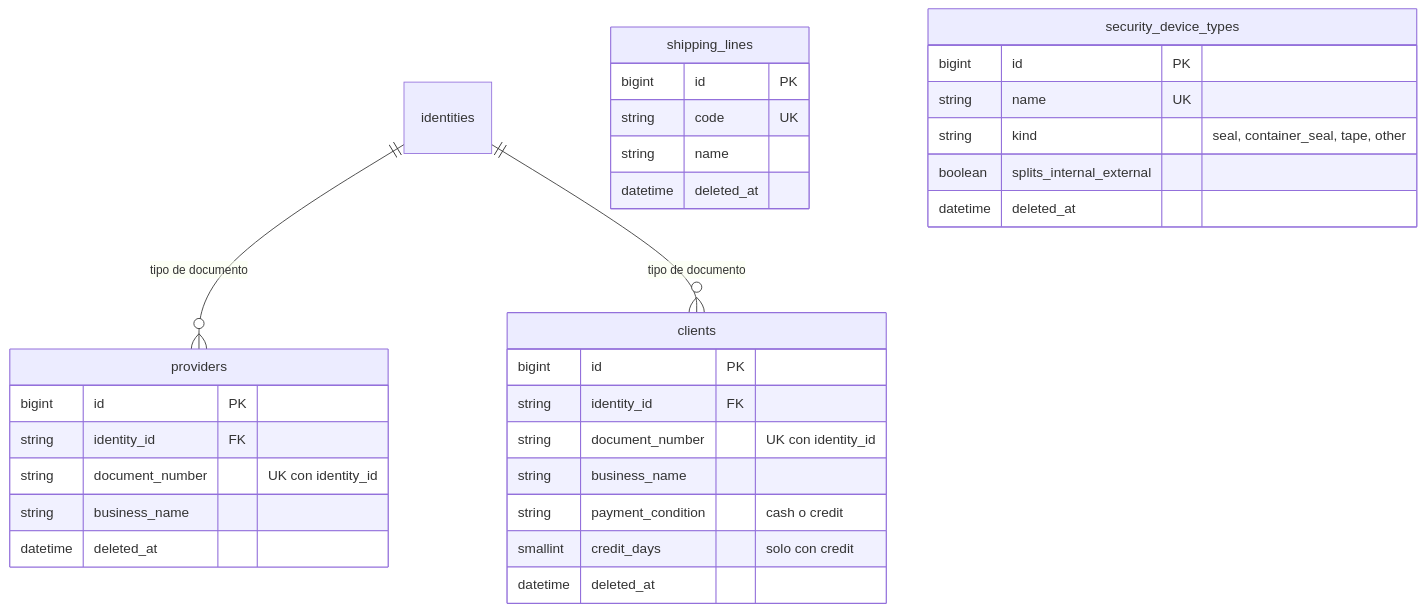
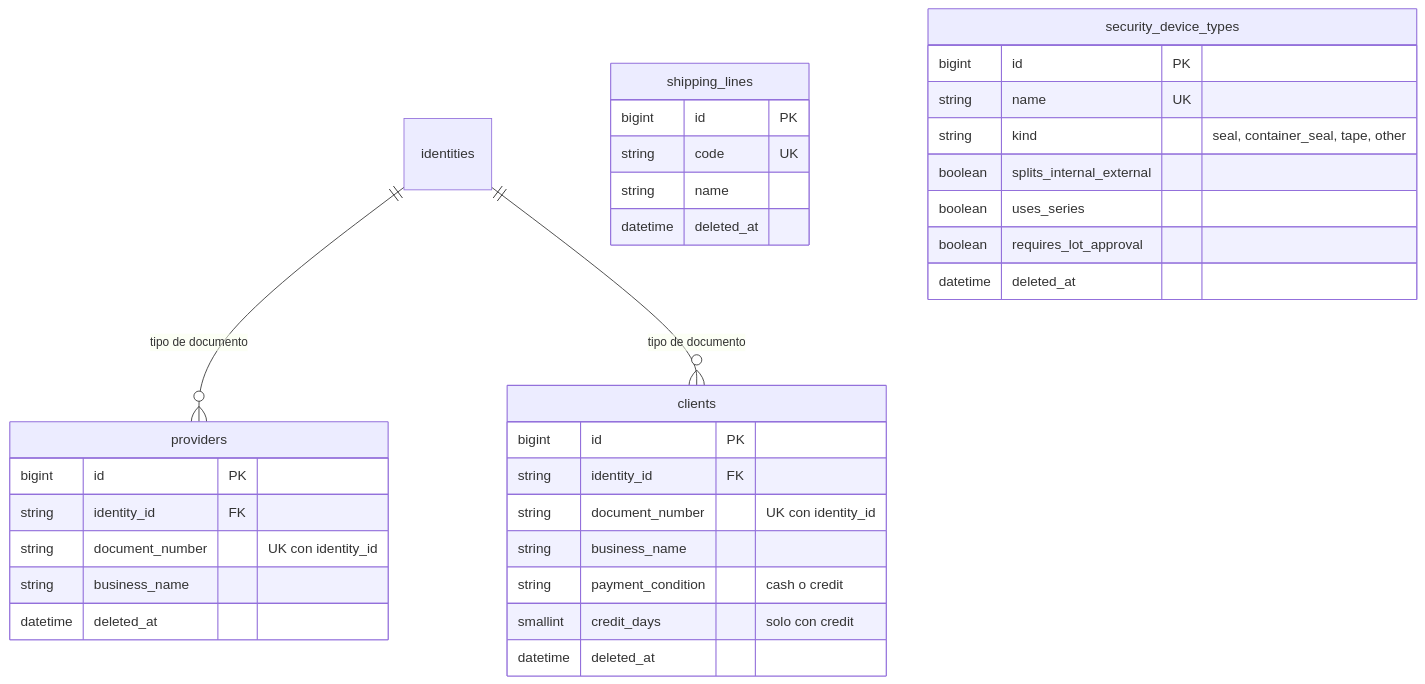
One commit to Cerati1998/SIGLA-TOS changed the second of 12 diagrams in docs/database.md. Above: the diagram before and after it, drawn with Mermaid. The commit also changed other lines of this file and 7 other files, not shown here.

````diff
--- a/docs/database.md
+++ b/docs/database.md
@@ -122,35 +122,37 @@
 ```mermaid
 erDiagram
   identities ||--o{ providers : "tipo de documento"
   identities ||--o{ clients : "tipo de documento"
 
   shipping_lines {
     bigint id PK
     string code UK
     string name
     datetime deleted_at
   }
   providers {
     bigint id PK
     string identity_id FK
     string document_number "UK con identity_id"
     string business_name
     datetime deleted_at
   }
   clients {
     bigint id PK
     string identity_id FK
     string document_number "UK con identity_id"
     string business_name
     string payment_condition "cash o credit"
     smallint credit_days "solo con credit"
     datetime deleted_at
   }
   security_device_types {
     bigint id PK
     string name UK
     string kind "seal, container_seal, tape, other"
     boolean splits_internal_external
+    boolean uses_series
+    boolean requires_lot_approval
     datetime deleted_at
   }
 ```
````
